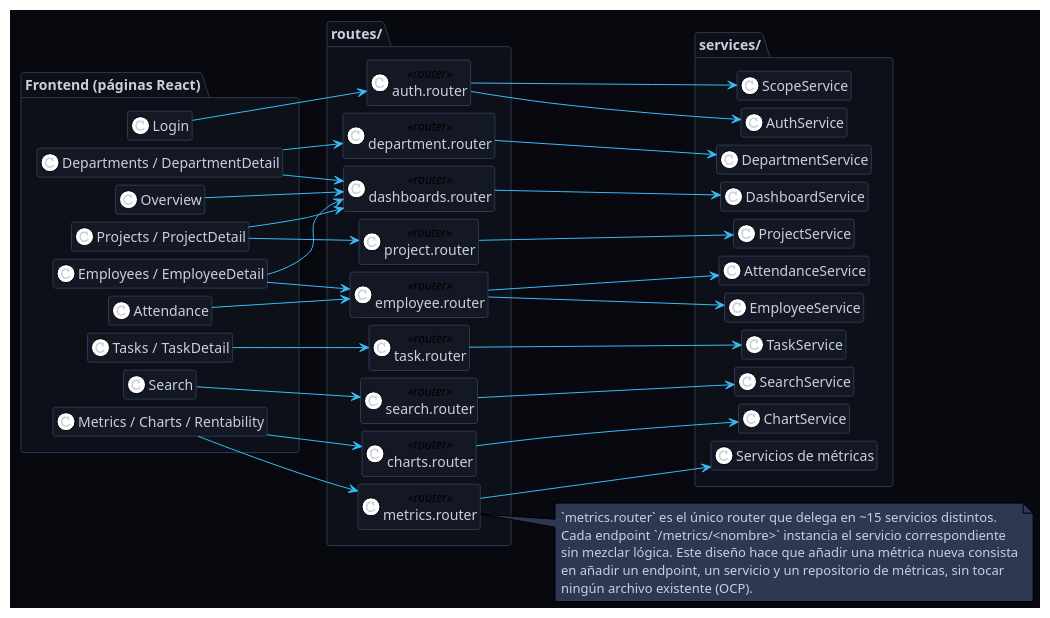
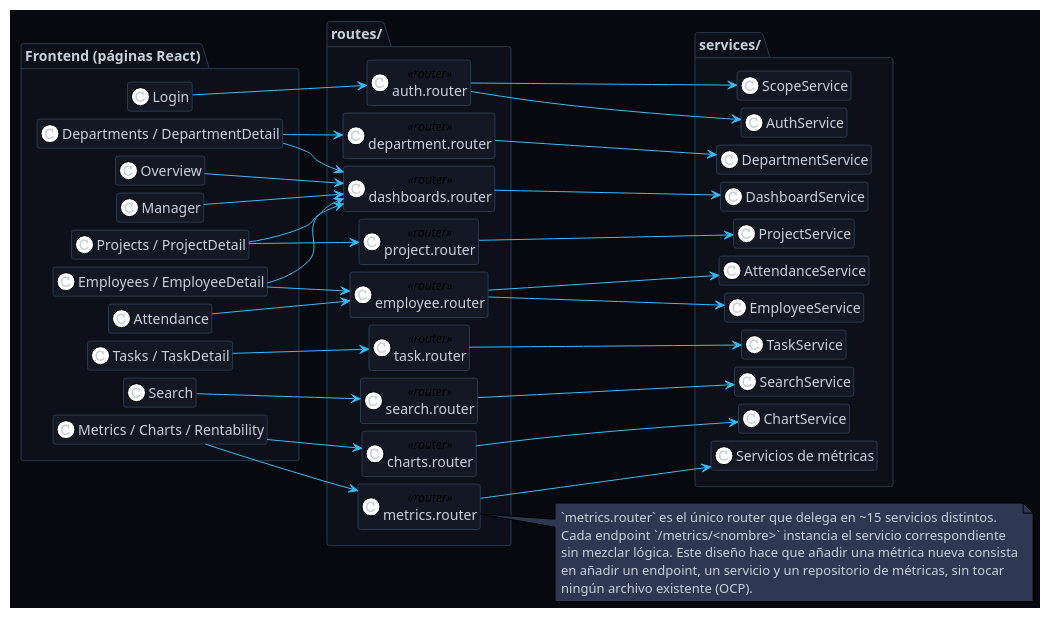
One commit to Jorgeog25/GII-TFG-2026 changed the diagram in Estudiantes/cesar-garcia-eguiguren/Capítulo-3/diagramas/diseño/frontend-Routes-Services.puml. Above: the diagram before and after it, drawn with PlantUML. The commit also changed 12 other files, not shown here.

Commit message:
actyualización de los diagramas de contexto y el detalle del caso de uso 21

```diff
--- a/Estudiantes/cesar-garcia-eguiguren/Capítulo-3/diagramas/diseño/frontend-Routes-Services.puml
+++ b/Estudiantes/cesar-garcia-eguiguren/Capítulo-3/diagramas/diseño/frontend-Routes-Services.puml
@@ -1,89 +1,90 @@
 @startuml d07_presentacion
 !theme plain
 hide empty members
 left to right direction
 
 skinparam backgroundColor #07090f
 skinparam classBackgroundColor #141824
 skinparam classBorderColor #2a3850
 skinparam packageBackgroundColor #0d1018
 skinparam packageBorderColor #2a3850
 skinparam defaultFontColor #c8d0dc
 skinparam arrowColor #38bdf8
 skinparam shadowing false
 skinparam nodesep 8
 skinparam ranksep 60
 skinparam NoteBackgroundColor #2e3852
 
 package "Frontend (páginas React)" {
   class Login
   class Overview
+  class "Manager" as FM2
   class "Employees / EmployeeDetail"    as FE
   class "Departments / DepartmentDetail" as FD
   class "Projects / ProjectDetail"      as FP
   class "Tasks / TaskDetail"            as FT
   class "Attendance"                    as FA
   class "Search"                        as FS
   class "Metrics / Charts / Rentability" as FM
 }
 
 package "routes/" {
   class "auth.router"        as RA  <<router>>
   class "employee.router"    as RE  <<router>>
   class "department.router"  as RD  <<router>>
   class "project.router"     as RP  <<router>>
   class "task.router"        as RT  <<router>>
   class "dashboards.router"  as RDB <<router>>
   class "search.router"      as RS  <<router>>
   class "charts.router"      as RC  <<router>>
   class "metrics.router"     as RM  <<router>>
 }
 
 package "services/" {
   class AuthService
   class EmployeeService
   class DepartmentService
   class ProjectService
   class TaskService
   class DashboardService
   class ChartService
   class SearchService
   class AttendanceService
   class "Servicios de métricas" as Metricas
   class ScopeService
 }
 
 Login    --> RA
 Overview --> RDB
 FE       --> RE
 FE       --> RDB
 FD       --> RD
 FD       --> RDB
 FP       --> RP
 FP       --> RDB
 FT       --> RT
 FA       --> RE
 FS       --> RS
 FM       --> RM
 FM       --> RC
-
+FM2 --> RDB
 RA  --> AuthService
 RA --> ScopeService
 RE  --> EmployeeService
 RE  --> AttendanceService
 RD  --> DepartmentService
 RP  --> ProjectService
 RT  --> TaskService
 RDB --> DashboardService
 RC  --> ChartService
 RS  --> SearchService
 RM  --> Metricas
 
 note right of RM
   `metrics.router` es el único router que delega en ~15 servicios distintos.
   Cada endpoint `/metrics/<nombre>` instancia el servicio correspondiente
   sin mezclar lógica. Este diseño hace que añadir una métrica nueva consista
   en añadir un endpoint, un servicio y un repositorio de métricas, sin tocar
   ningún archivo existente (OCP).
 end note
 @enduml
```
